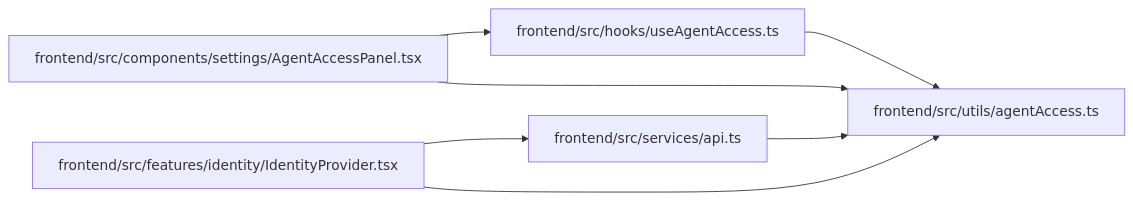
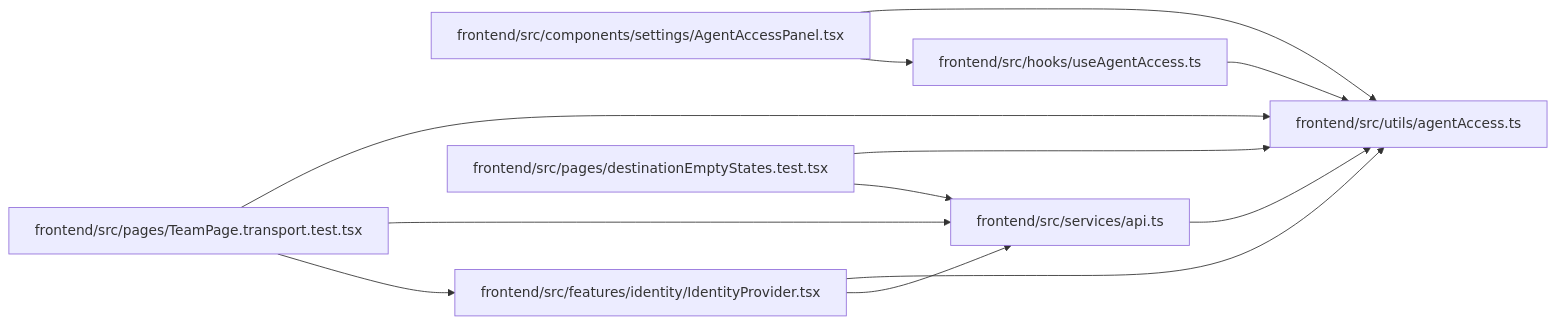
Before and after one commit to Denissvgn/WorkChord: the diagram in docs/llm_wiki/modules/agentAccess.md, drawn with Mermaid. The commit also changed other lines of this file and 2373 other files, not shown here.

````diff
--- a/docs/llm_wiki/modules/agentAccess.md
+++ b/docs/llm_wiki/modules/agentAccess.md
@@ -19,19 +19,28 @@
 ```mermaid
 flowchart LR
     n0["frontend/src/components/settings/AgentAccessPanel.tsx"]
     n1["frontend/src/features/identity/IdentityProvider.tsx"]
     n2["frontend/src/hooks/useAgentAccess.ts"]
-    n3["frontend/src/services/api.ts"]
-    n4["frontend/src/utils/agentAccess.ts"]
+    n3["frontend/src/pages/destinationEmptyStates.test.tsx"]
+    n4["frontend/src/pages/TeamPage.transport.test.tsx"]
+    n5["frontend/src/services/api.ts"]
+    n6["frontend/src/utils/agentAccess.ts"]
     n0 --> n2
-    n0 --> n4
-    n1 --> n3
-    n1 --> n4
-    n2 --> n4
-    n3 --> n4
+    n0 --> n6
+    n1 --> n5
+    n1 --> n6
+    n2 --> n6
+    n3 --> n5
+    n3 --> n6
+    n4 --> n1
+    n4 --> n5
+    n4 --> n6
+    n5 --> n6
     click n0 "../modules/AgentAccessPanel.md"
     click n1 "../modules/IdentityProvider.md"
     click n2 "../modules/useAgentAccess.md"
-    click n3 "../modules/api.md"
-    click n4 "../modules/agentAccess.md"
+    click n3 "../modules/destinationEmptyStates.test.md"
+    click n4 "../modules/TeamPage.transport.test.md"
+    click n5 "../modules/api.md"
+    click n6 "../modules/agentAccess.md"
 ```
````
